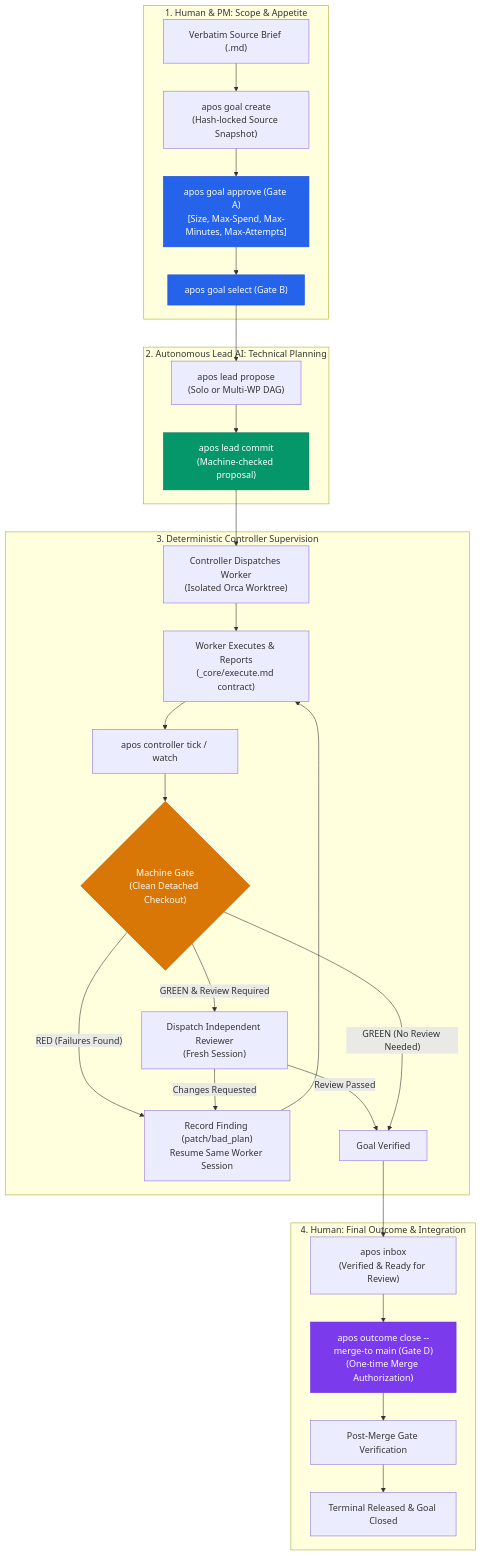
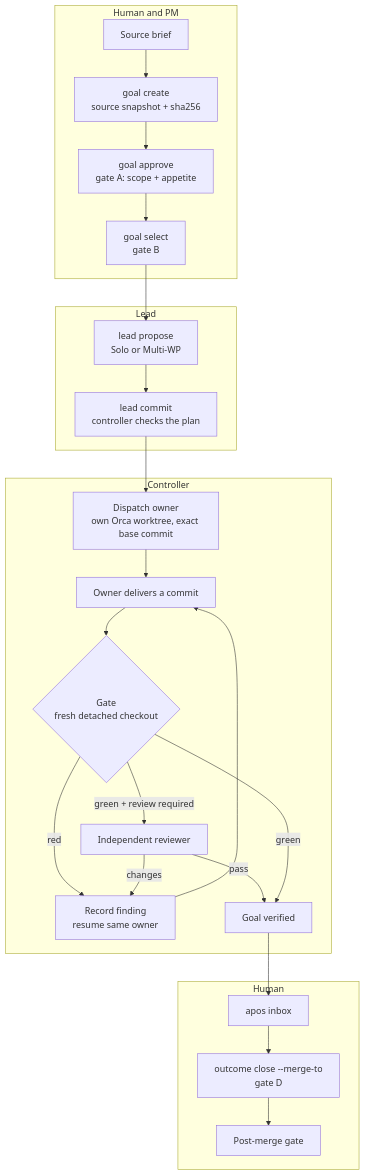
One commit to Kaiser1308/APOS changed the diagram in README.md. Above: the diagram before and after it, drawn with Mermaid. The commit also changed other lines of this file, not shown here.

````diff
--- a/README.md
+++ b/README.md
@@ -79,42 +51,28 @@
 ```mermaid
 flowchart TD
-    subgraph HumanPhase1["1. Human & PM: Scope & Appetite"]
-        A["Verbatim Source Brief (.md)"] --> B["apos goal create<br/>(Hash-locked Source Snapshot)"]
-        B --> C["apos goal approve (Gate A)<br/>[Size, Max-Spend, Max-Minutes, Max-Attempts]"]
-        C --> D["apos goal select (Gate B)"]
+    subgraph Human1["Human and PM"]
+        A[Source brief] --> B[goal create<br/>source snapshot + sha256]
+        B --> C[goal approve<br/>gate A: scope + appetite]
+        C --> D[goal select<br/>gate B]
     end
-
-    subgraph LeadPhase["2. Autonomous Lead AI: Technical Planning"]
-        D --> E["apos lead propose<br/>(Solo or Multi-WP DAG)"]
-        E --> F["apos lead commit<br/>(Machine-checked proposal)"]
+    subgraph Lead["Lead"]
+        D --> E[lead propose<br/>Solo or Multi-WP]
+        E --> F[lead commit<br/>controller checks the plan]
     end
-
-    subgraph ControllerPhase["3. Deterministic Controller Supervision"]
-        F --> G["Controller Dispatches Worker<br/>(Isolated Orca Worktree)"]
-        G --> H["Worker Executes & Reports<br/>(_core/execute.md contract)"]
-        H --> I["apos controller tick / watch"]
-        I --> J{"Machine Gate<br/>(Clean Detached Checkout)"}
-        
-        J -- "RED (Failures Found)" --> K["Record Finding (patch/bad_plan)<br/>Resume Same Worker Session"]
+    subgraph Ctl["Controller"]
+        F --> G[Dispatch owner<br/>own Orca worktree, exact base commit]
+        G --> H[Owner delivers a commit]
+        H --> I{Gate<br/>fresh detached checkout}
+        I -- red --> K[Record finding<br/>resume same owner]
         K --> H
-        
-        J -- "GREEN & Review Required" --> L["Dispatch Independent Reviewer<br/>(Fresh Session)"]
-        L -- "Changes Requested" --> K
-        L -- "Review Passed" --> M["Goal Verified"]
-        
-        J -- "GREEN (No Review Needed)" --> M
+        I -- green + review required --> L[Independent reviewer]
+        L -- changes --> K
+        L -- pass --> M[Goal verified]
+        I -- green --> M
     end
-
-    subgraph HumanPhase2["4. Human: Final Outcome & Integration"]
-        M --> N["apos inbox<br/>(Verified & Ready for Review)"]
-        N --> O["apos outcome close --merge-to main (Gate D)<br/>(One-time Merge Authorization)"]
-        O --> P["Post-Merge Gate Verification"]
-        P --> Q["Terminal Released & Goal Closed"]
+    subgraph Human2["Human"]
+        M --> N[apos inbox]
+        N --> O[outcome close --merge-to<br/>gate D]
+        O --> P[Post-merge gate]
     end
-
-    style C fill:#2563eb,stroke:#1d4ed8,color:#ffffff
-    style D fill:#2563eb,stroke:#1d4ed8,color:#ffffff
-    style F fill:#059669,stroke:#047857,color:#ffffff
-    style J fill:#d97706,stroke:#b45309,color:#ffffff
-    style O fill:#7c3aed,stroke:#6d28d9,color:#ffffff
 ```
````
